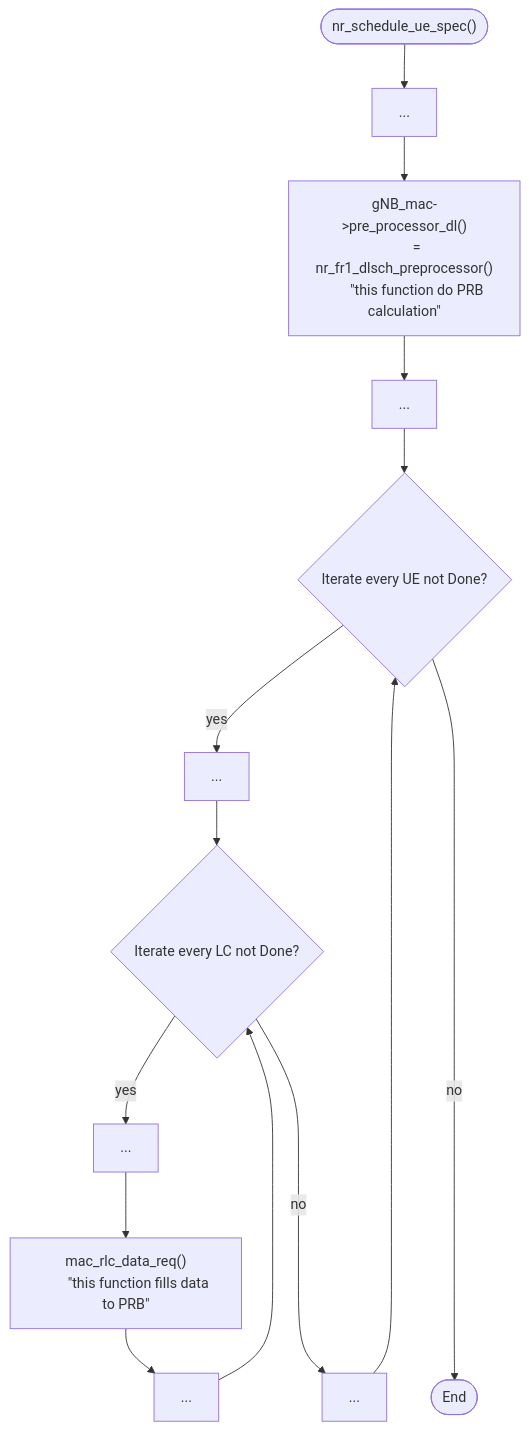
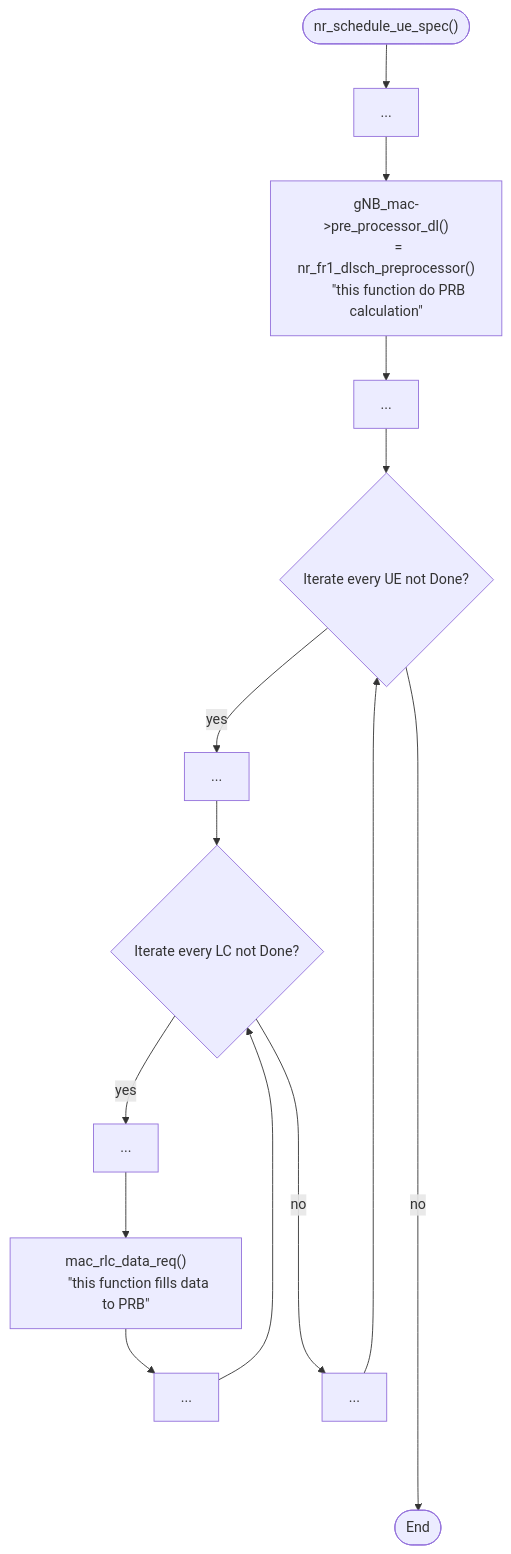
Before and after one commit to bmw-ece-ntust/guideline-template: the second of 2 diagrams in studyNotes/20241108 Study Note (NEU ORANSlice MAC SCH details).md, drawn with Mermaid.

Commit message:
update note

````diff
--- a/studyNotes/20241108 Study Note (NEU ORANSlice MAC SCH details).md
+++ b/studyNotes/20241108 Study Note (NEU ORANSlice MAC SCH details).md
@@ -83,27 +83,27 @@
 ```mermaid
 flowchart TD
 	A(["nr_schedule_ue_spec()"])
 	Z([End])
 	B[...]
 	C["gNB_mac->pre_processor_dl()
 	= nr_fr1_dlsch_preprocessor()
 	#quot;this function do PRB calculation#quot;"]
 	D[...]
 	E{"Iterate every UE not Done?"}
 	F[...]
 	G{"Iterate every LC not Done?"}
 	H[...]
 	I["mac_rlc_data_req()
 	#quot;this function fills data to PRB#quot;"]
 	J[...]
 	K[...]
 
 	A-->B-->C-->D-->E
 	E--> |yes| F
-	E ------> |no| Z
+	E --------> |no| Z
 	F-->G
 	G --> |yes| H
 	G ----> |no| K
 	H-->I-->J-->G
 	K-->E
 ```
````
